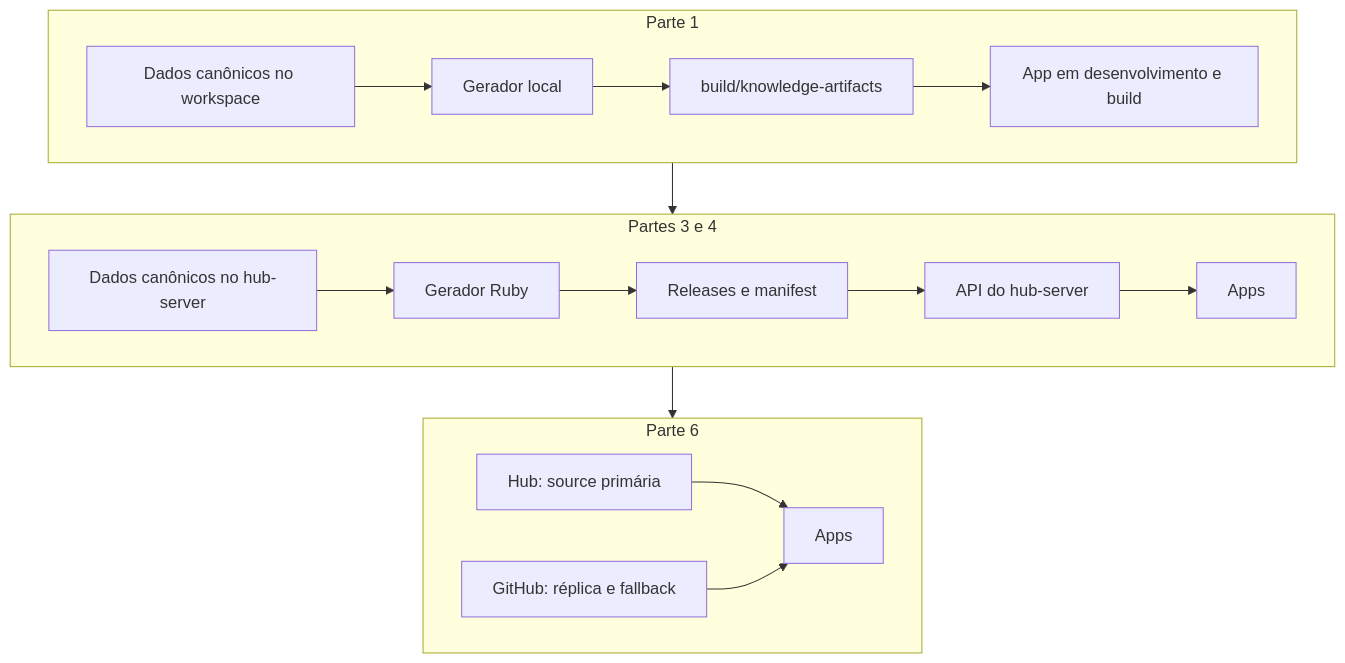
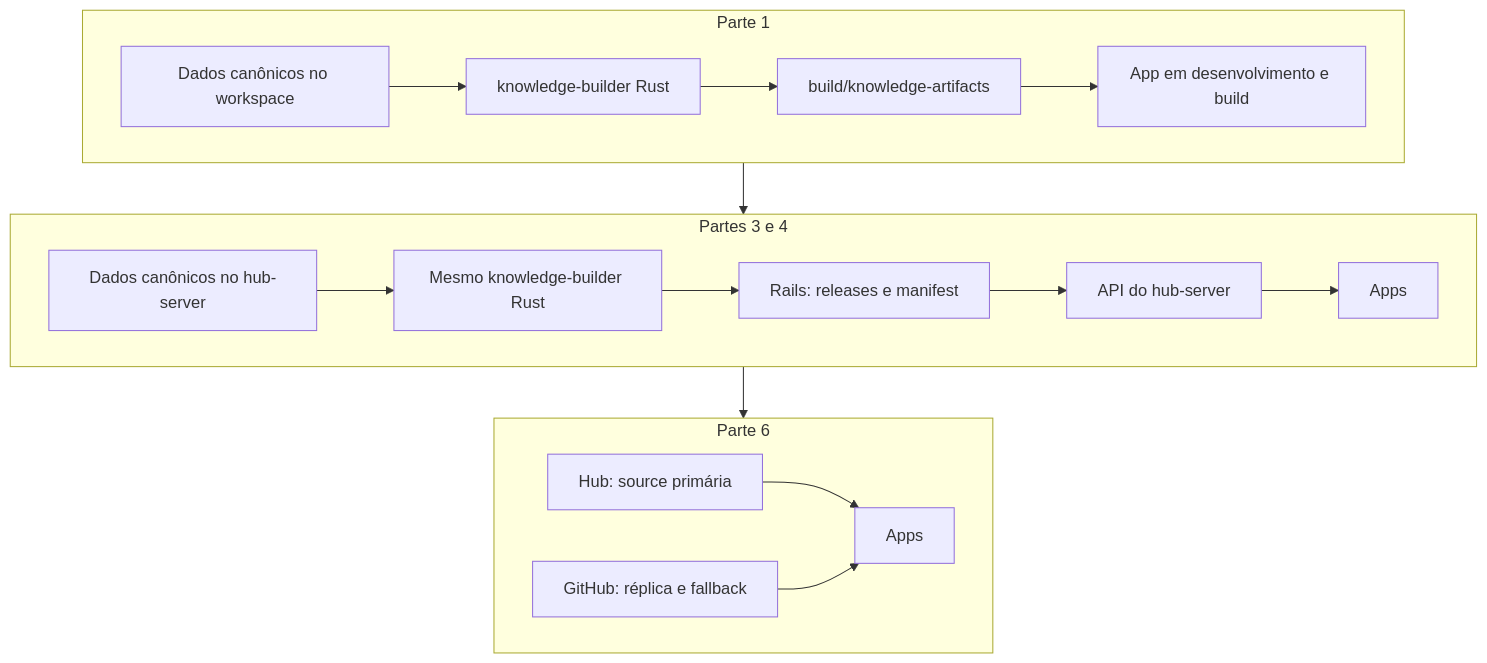
One commit to migmoroni/veterinary-clinic changed the second of 3 diagrams in docs/plans/hub-server/README.md. Above: the diagram before and after it, drawn with Mermaid. The commit also changed other lines of this file and 7 other files, not shown here.

Commit message:
docs: hub-server plans 4

````diff
--- a/docs/plans/hub-server/README.md
+++ b/docs/plans/hub-server/README.md
@@ -41,22 +41,22 @@
 ```mermaid
 flowchart TB
     subgraph S1["Parte 1"]
-        D1["Dados canônicos no workspace"] --> G1["Gerador local"]
+        D1["Dados canônicos no workspace"] --> G1["knowledge-builder Rust"]
         G1 --> B1["build/knowledge-artifacts"]
         B1 --> A1["App em desenvolvimento e build"]
     end
 
     subgraph S2["Partes 3 e 4"]
-        D2["Dados canônicos no hub-server"] --> G2["Gerador Ruby"]
-        G2 --> R2["Releases e manifest"]
+        D2["Dados canônicos no hub-server"] --> G2["Mesmo knowledge-builder Rust"]
+        G2 --> R2["Rails: releases e manifest"]
         R2 --> H2["API do hub-server"]
         H2 --> A2["Apps"]
     end
 
     subgraph S3["Parte 6"]
         H3["Hub: source primária"] --> A3["Apps"]
         GH3["GitHub: réplica e fallback"] --> A3
     end
 
     S1 --> S2 --> S3
 ```
````
